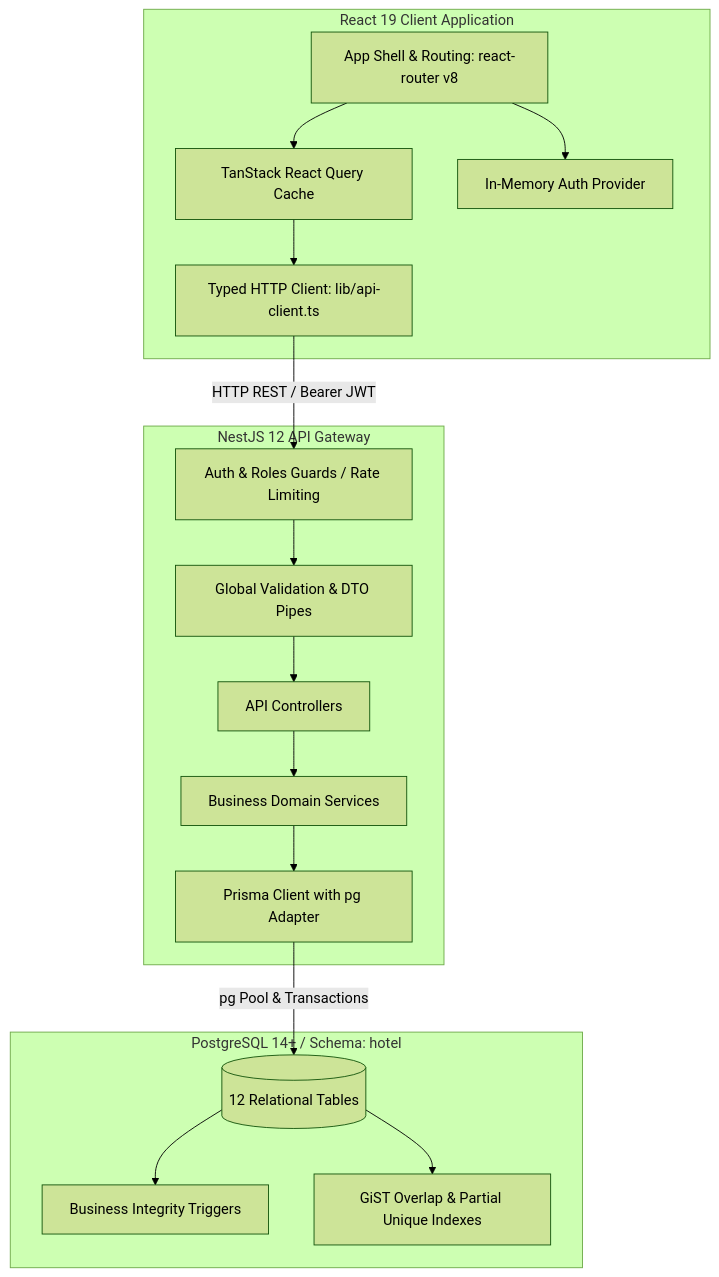
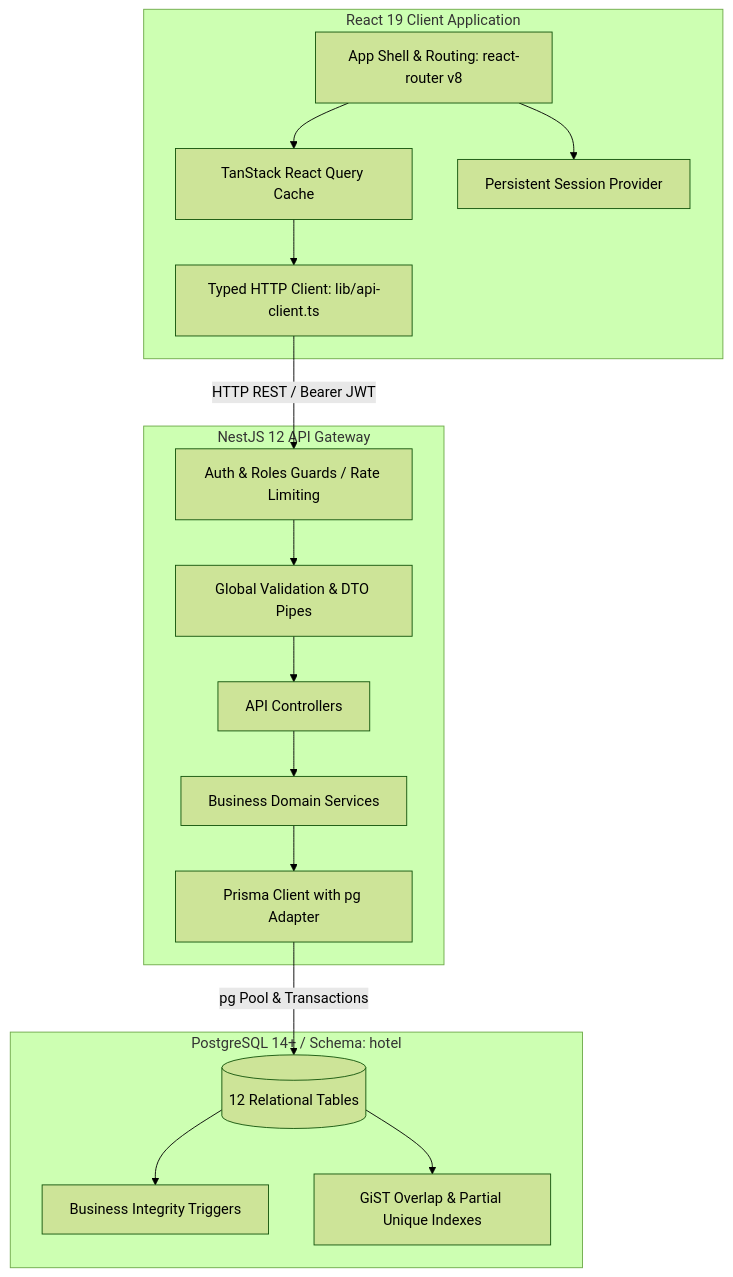
Before and after one commit to dothanhtu2003/Hotel-CK: the first of 2 diagrams in README.md, drawn with Mermaid (forest theme). The commit also changed other lines of this file and 47 other files, not shown here.

````diff
--- a/README.md
+++ b/README.md
@@ -111,35 +111,35 @@
 ```mermaid
 graph TD
     subgraph Frontend [React 19 Client Application]
         UI[App Shell & Routing: react-router v8]
         QueryClient[TanStack React Query Cache]
-        AuthContext[In-Memory Auth Provider]
+        AuthContext[Persistent Session Provider]
         APIClient[Typed HTTP Client: lib/api-client.ts]
     end
 
     subgraph Backend [NestJS 12 API Gateway]
         Guard[Auth & Roles Guards / Rate Limiting]
         Pipes[Global Validation & DTO Pipes]
         Controllers[API Controllers]
         Services[Business Domain Services]
         PrismaService[Prisma Client with pg Adapter]
     end
 
     subgraph Database [PostgreSQL 14+ / Schema: hotel]
         Triggers[Business Integrity Triggers]
         Constraints[GiST Overlap & Partial Unique Indexes]
         Tables[(12 Relational Tables)]
     end
 
     UI --> AuthContext
     UI --> QueryClient
     QueryClient --> APIClient
     APIClient -->|HTTP REST / Bearer JWT| Guard
     Guard --> Pipes
     Pipes --> Controllers
     Controllers --> Services
     Services --> PrismaService
     PrismaService -->|pg Pool & Transactions| Tables
     Tables --> Triggers
     Tables --> Constraints
 ```
````
